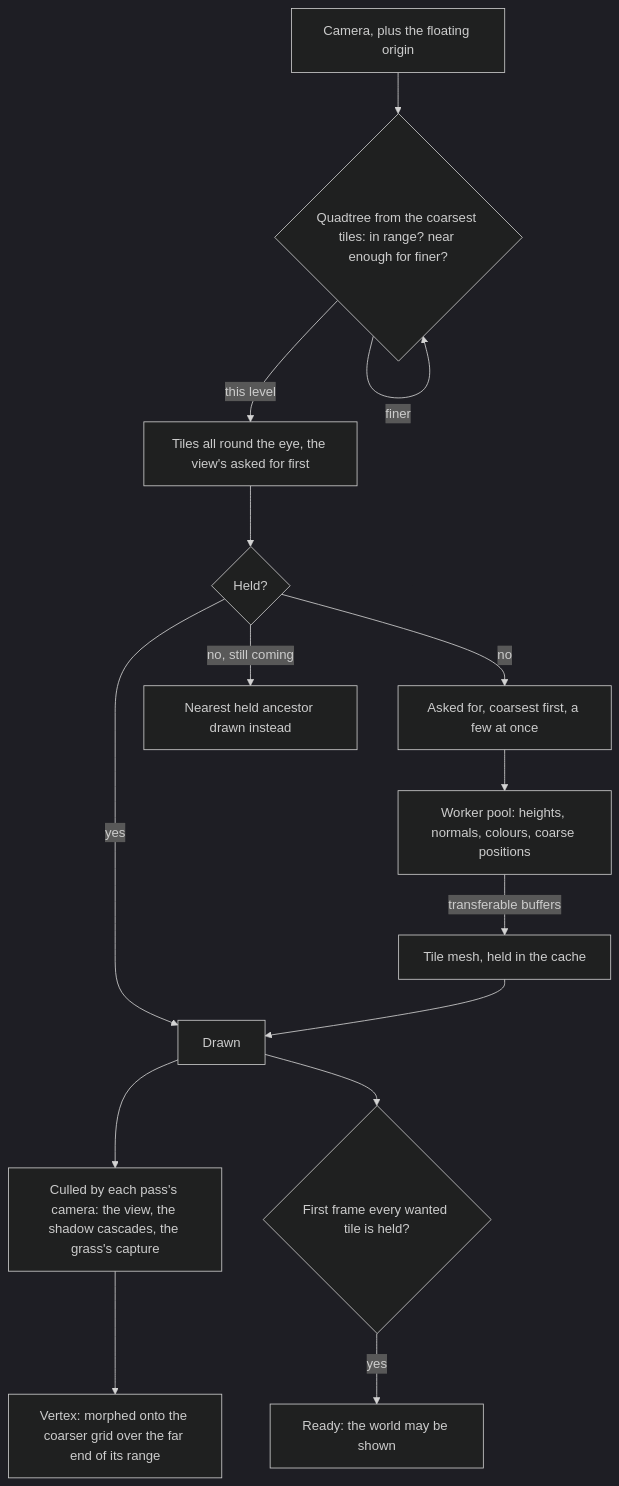
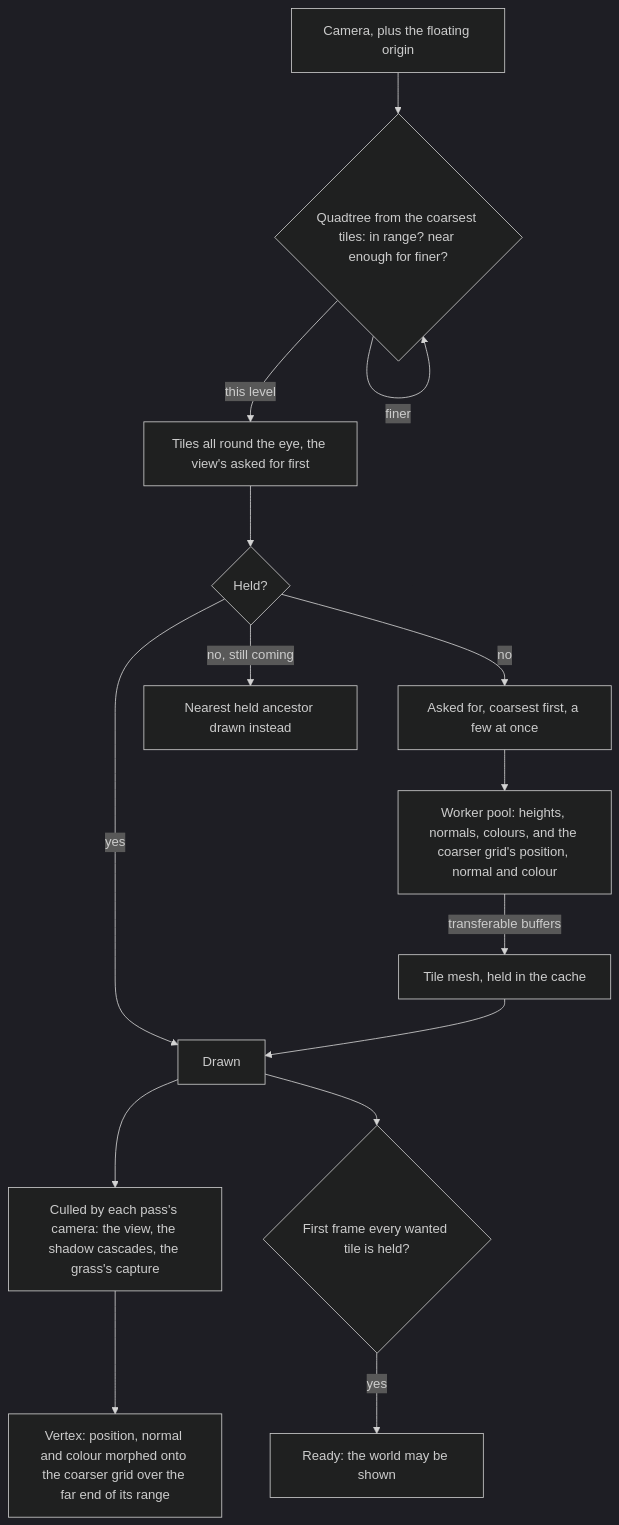
The diagram in apps/web/content/docs/genshin/terrain.md (Esposter/Esposter), drawn with Mermaid (dark theme) before and after one commit. The commit also changed other lines of this file and 10 other files, not shown here.

First line of the commit message:
fix(genshin-engine): a tile changing level keeps its hill's shading, its normals and colours morphed onto the coarser level's with its positions

````diff
--- a/apps/web/content/docs/genshin/terrain.md
+++ b/apps/web/content/docs/genshin/terrain.md
@@ -12,17 +12,17 @@
 ```mermaid
 flowchart TD
   CAM[Camera, plus the floating origin] --> QT{Quadtree from the coarsest tiles: in range? near enough for finer?}
   QT -->|finer| QT
   QT -->|this level| W[Tiles all round the eye, the view's asked for first]
   W --> ST{Held?}
   ST -->|no| REQ[Asked for, coarsest first, a few at once]
-  REQ --> WK[Worker pool: heights, normals, colours, coarse positions]
+  REQ --> WK[Worker pool: heights, normals, colours, and the coarser grid's position, normal and colour]
   WK -->|transferable buffers| M[Tile mesh, held in the cache]
   ST -->|yes| D[Drawn]
   ST -->|no, still coming| A[Nearest held ancestor drawn instead]
   M --> D
   D --> CULL[Culled by each pass's camera: the view, the shadow cascades, the grass's capture]
-  CULL --> VS[Vertex: morphed onto the coarser grid over the far end of its range]
+  CULL --> VS[Vertex: position, normal and colour morphed onto the coarser grid over the far end of its range]
   D --> RD{First frame every wanted tile is held?}
   RD -->|yes| READY[Ready: the world may be shown]
 ```
````
